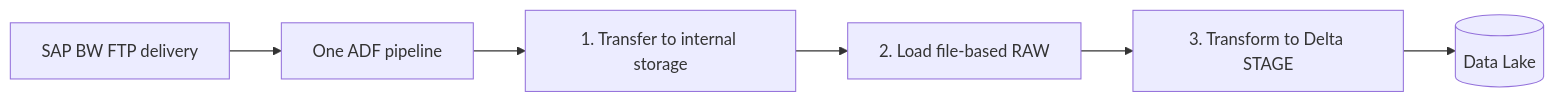
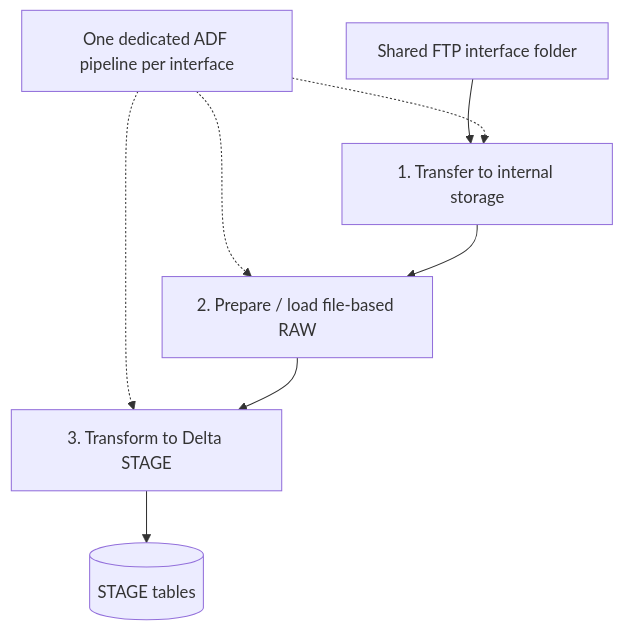
The second of 2 diagrams in docs/sap-bw.md (dorovladcodex/ai-data-integration-platform), drawn with Mermaid before and after one commit. The commit also changed other lines of this file and 6 other files, not shown here.

First line of the commit message:
Complete the AI-assisted integration architecture case study

````diff
--- a/docs/sap-bw.md
+++ b/docs/sap-bw.md
@@ -43,8 +53,10 @@
 ```mermaid
-flowchart LR
-    FTP["SAP BW FTP delivery"] --> ADF["One ADF pipeline"]
-    ADF --> N1["1. Transfer to internal storage"]
-    N1 --> N2["2. Load file-based RAW"]
-    N2 --> N3["3. Transform to Delta STAGE"]
-    N3 --> LAKE[("Data Lake")]
+flowchart TB
+    FTP["Shared FTP interface folder"] --> N1["1. Transfer to internal storage"]
+    ADF["One dedicated ADF pipeline per interface"] -.-> N1
+    ADF -.-> N2["2. Prepare / load file-based RAW"]
+    ADF -.-> N3["3. Transform to Delta STAGE"]
+    N1 --> N2
+    N2 --> N3
+    N3 --> ST[("STAGE tables")]
 ```
````
